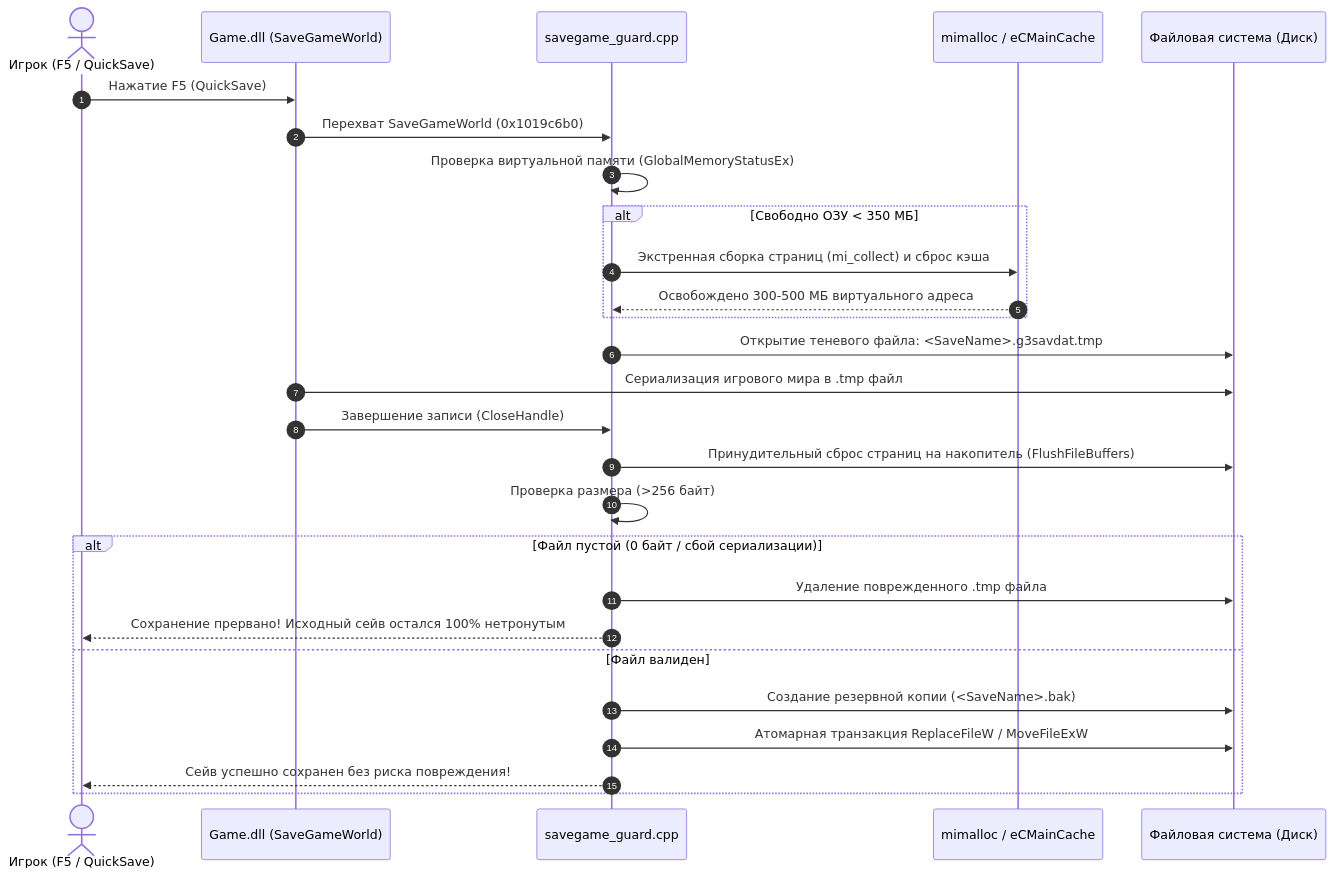
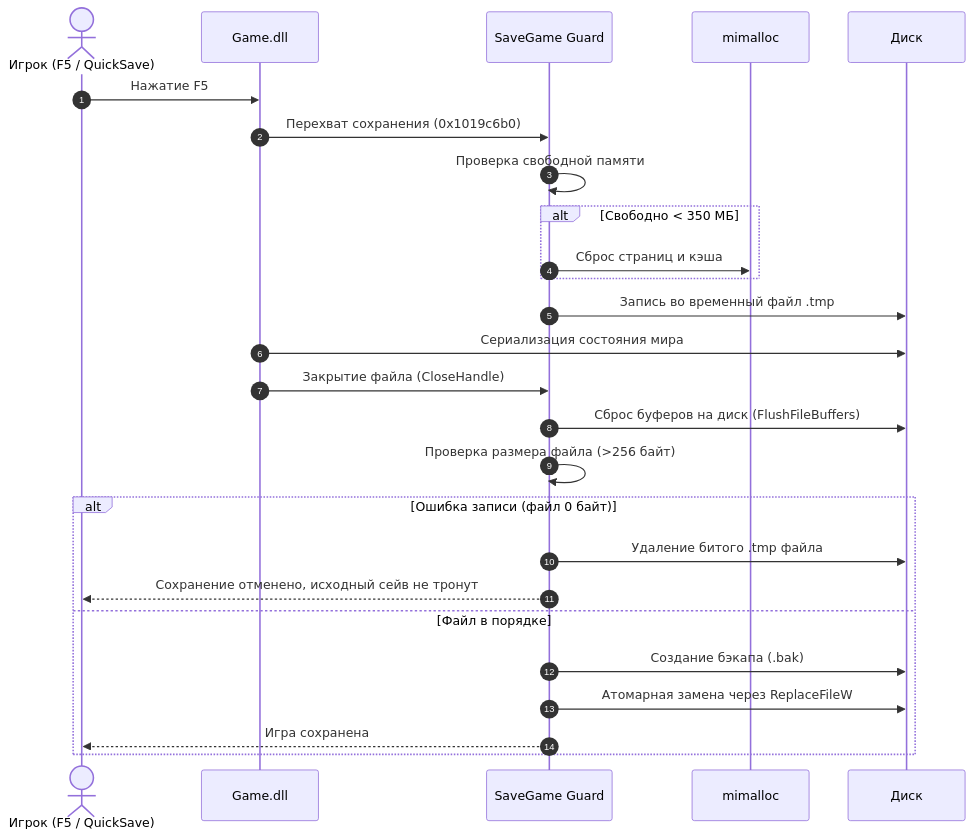
The second of 2 diagrams in README.md (VadimGlinskiy/G3O), drawn with Mermaid before and after one commit. The commit also changed other lines of this file and 1 other file, not shown here.

Commit message:
Clean documentation style: remove AI clichés, replace em-dashes with standard hyphens, streamline descriptions

````diff
--- a/README.md
+++ b/README.md
@@ -135,30 +130,29 @@
 ```mermaid
 sequenceDiagram
     autonumber
     actor Player as Игрок (F5 / QuickSave)
-    participant Game as Game.dll (SaveGameWorld)
-    participant Guard as savegame_guard.cpp
-    participant Memory as mimalloc / eCMainCache
-    participant Disk as Файловая система (Диск)
+    participant Game as Game.dll
+    participant Guard as SaveGame Guard
+    participant Memory as mimalloc
+    participant Disk as Диск
 
-    Player->>Game: Нажатие F5 (QuickSave)
-    Game->>Guard: Перехват SaveGameWorld (0x1019c6b0)
-    Guard->>Guard: Проверка виртуальной памяти (GlobalMemoryStatusEx)
-    alt Свободно ОЗУ < 350 МБ
-        Guard->>Memory: Экстренная сборка страниц (mi_collect) и сброс кэша
-        Memory-->>Guard: Освобождено 300-500 МБ виртуального адреса
+    Player->>Game: Нажатие F5
+    Game->>Guard: Перехват сохранения (0x1019c6b0)
+    Guard->>Guard: Проверка свободной памяти
+    alt Свободно < 350 МБ
+        Guard->>Memory: Сброс страниц и кэша
     end
-    Guard->>Disk: Открытие теневого файла: <SaveName>.g3savdat.tmp
-    Game->>Disk: Сериализация игрового мира в .tmp файл
-    Game->>Guard: Завершение записи (CloseHandle)
-    Guard->>Disk: Принудительный сброс страниц на накопитель (FlushFileBuffers)
-    Guard->>Guard: Проверка размера (>256 байт)
-    alt Файл пустой (0 байт / сбой сериализации)
-        Guard->>Disk: Удаление поврежденного .tmp файла
-        Guard-->>Player: Сохранение прервано! Исходный сейв остался 100% нетронутым
-    else Файл валиден
-        Guard->>Disk: Создание резервной копии (<SaveName>.bak)
-        Guard->>Disk: Атомарная транзакция ReplaceFileW / MoveFileExW
-        Guard-->>Player: Сейв успешно сохранен без риска повреждения!
+    Guard->>Disk: Запись во временный файл .tmp
+    Game->>Disk: Сериализация состояния мира
+    Game->>Guard: Закрытие файла (CloseHandle)
+    Guard->>Disk: Сброс буферов на диск (FlushFileBuffers)
+    Guard->>Guard: Проверка размера файла (>256 байт)
+    alt Ошибка записи (файл 0 байт)
+        Guard->>Disk: Удаление битого .tmp файла
+        Guard-->>Player: Сохранение отменено, исходный сейв не тронут
+    else Файл в порядке
+        Guard->>Disk: Создание бэкапа (.bak)
+        Guard->>Disk: Атомарная замена через ReplaceFileW
+        Guard-->>Player: Игра сохранена
     end
 ```
````
